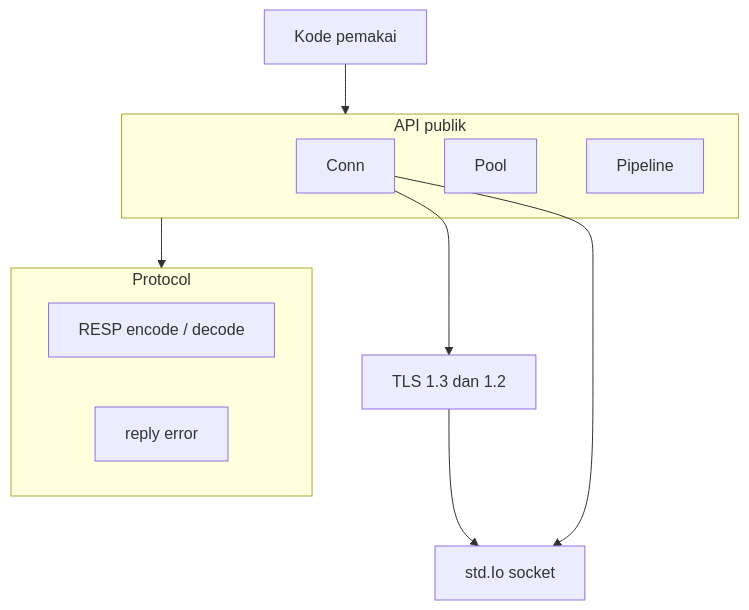
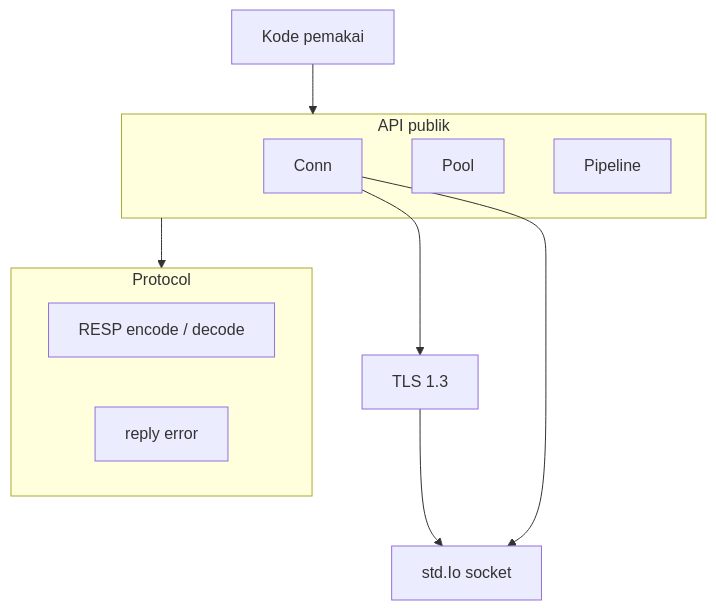
One commit to prothegee/zix changed the first of 6 diagrams in docs/driver/rediz/hld-id.md. Above: the diagram before and after it, drawn with Mermaid. The commit also changed other lines of this file and 1 other file, not shown here.

First line of the commit message:
add dispatch model and fix TLS in rediz hld

````diff
--- a/docs/driver/rediz/hld-id.md
+++ b/docs/driver/rediz/hld-id.md
@@ -9,21 +9,21 @@
 ```mermaid
 flowchart TB
     app[Kode pemakai]
     subgraph api [API publik]
         conn[Conn]
         pool[Pool]
         pipe[Pipeline]
     end
     subgraph proto [Protocol]
         resp[RESP encode / decode]
         replyerr[reply error]
     end
-    tls[TLS 1.3 dan 1.2]
+    tls[TLS 1.3]
     net[std.Io socket]
 
     app --> api
     api --> proto
     conn --> tls
     tls --> net
     conn --> net
 ```
````
